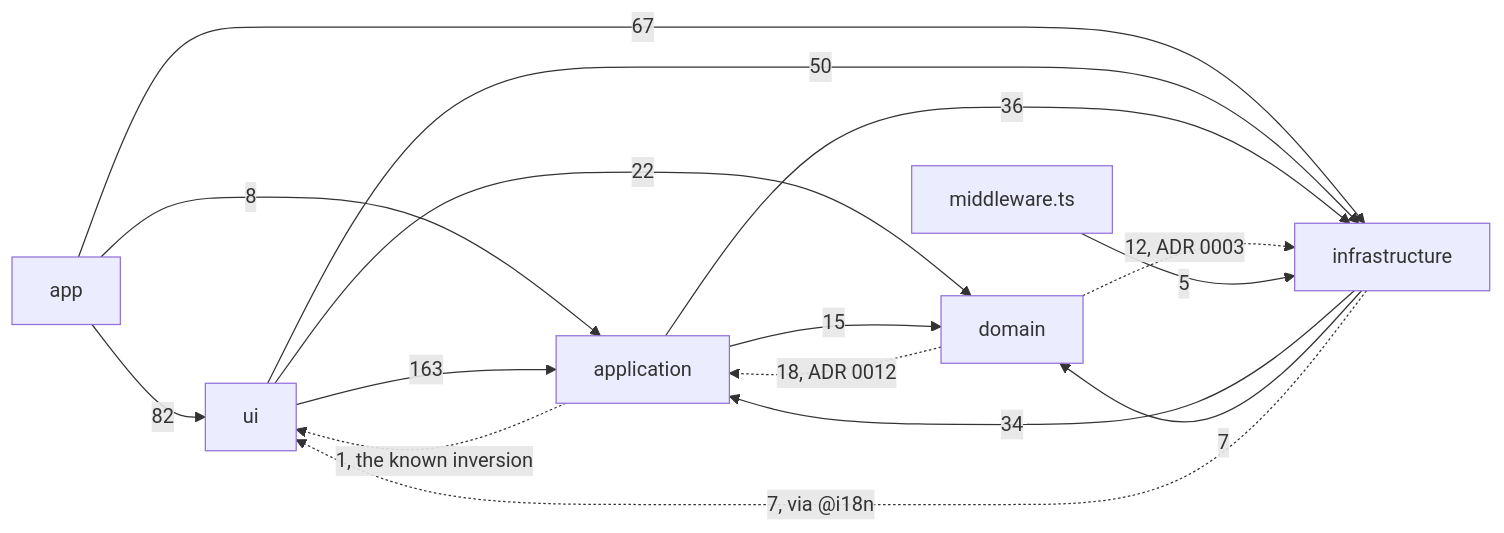
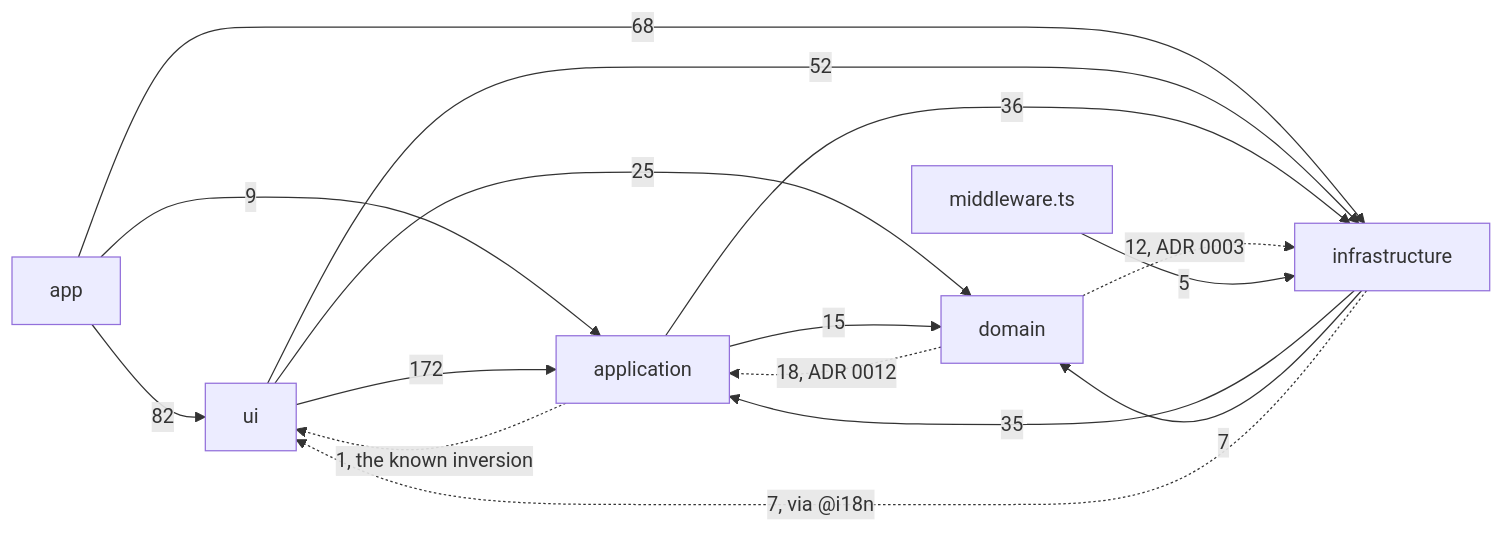
One commit to fbuireu/forever-pto changed the diagram in apps/docs/src/content/docs/architecture/overview.mdx. Above: the diagram before and after it, drawn with Mermaid. The commit also changed other lines of this file and 481 other files, not shown here.

````diff
--- a/apps/docs/src/content/docs/architecture/overview.mdx
+++ b/apps/docs/src/content/docs/architecture/overview.mdx
@@ -47,24 +47,24 @@
 ```mermaid
 flowchart LR
   APP[app]
   UI[ui]
   APPL[application]
   DOM[domain]
   INFRA[infrastructure]
   MW[middleware.ts]
   APP -->|82| UI
-  APP -->|8| APPL
-  APP -->|67| INFRA
-  UI -->|163| APPL
-  UI -->|22| DOM
-  UI -->|50| INFRA
+  APP -->|9| APPL
+  APP -->|68| INFRA
+  UI -->|172| APPL
+  UI -->|25| DOM
+  UI -->|52| INFRA
   APPL -->|15| DOM
   APPL -->|36| INFRA
   APPL -.->|1, the known inversion| UI
   DOM -.->|18, ADR 0012| APPL
   DOM -.->|12, ADR 0003| INFRA
-  INFRA -->|34| APPL
+  INFRA -->|35| APPL
   INFRA -->|7| DOM
   INFRA -.->|7, via @i18n| UI
   MW -->|5| INFRA
 ```
````
